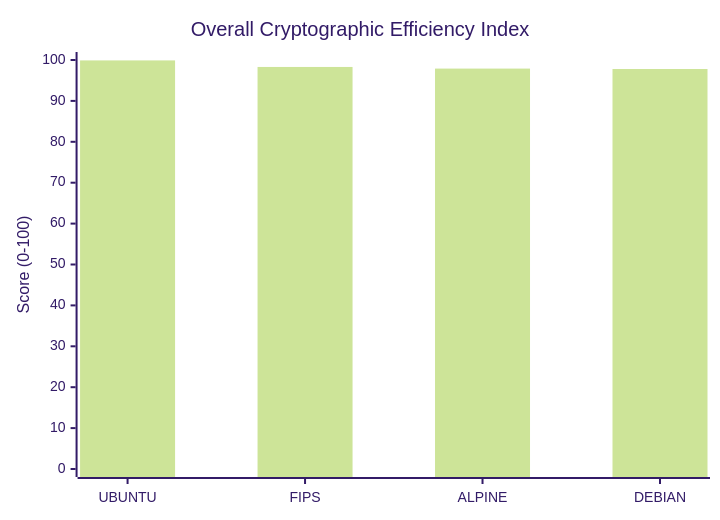
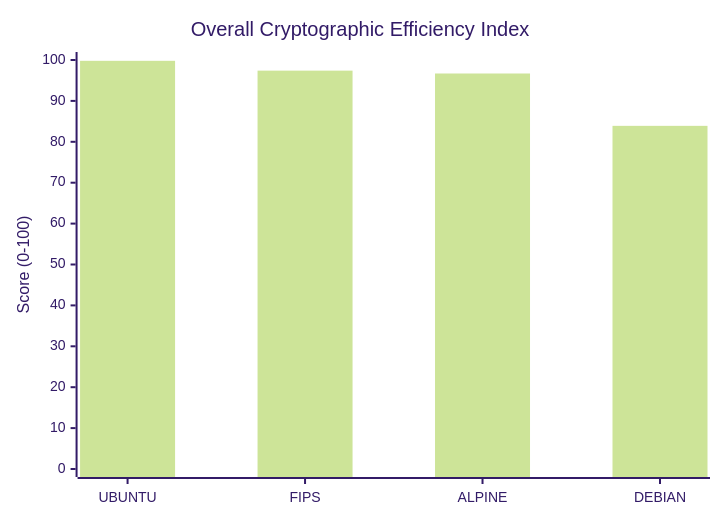
The ninth of 9 diagrams in docs/Comparison_Report.md (taha2samy/openssl_fips), drawn with Mermaid (forest theme) before and after one commit. The commit also changed other lines of this file and 3 other files, not shown here.

````diff
--- a/docs/Comparison_Report.md
+++ b/docs/Comparison_Report.md
@@ -182,7 +182,7 @@
 ```mermaid
 xychart-beta
     title "Overall Cryptographic Efficiency Index"
     x-axis [UBUNTU, FIPS, ALPINE, DEBIAN]
     y-axis "Score (0-100)" 0 --> 100
-    bar [99.9, 98.3, 97.9, 97.8]
+    bar [99.8, 97.4, 96.7, 83.9]
 ```
````
